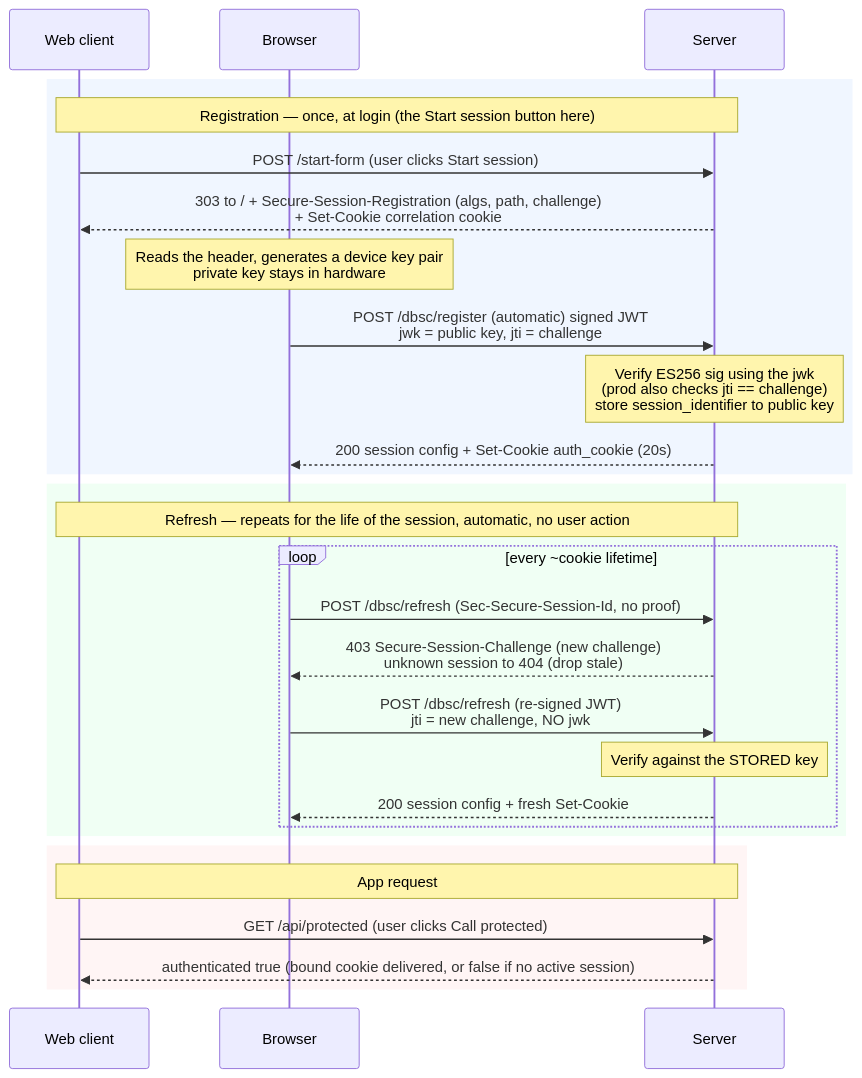
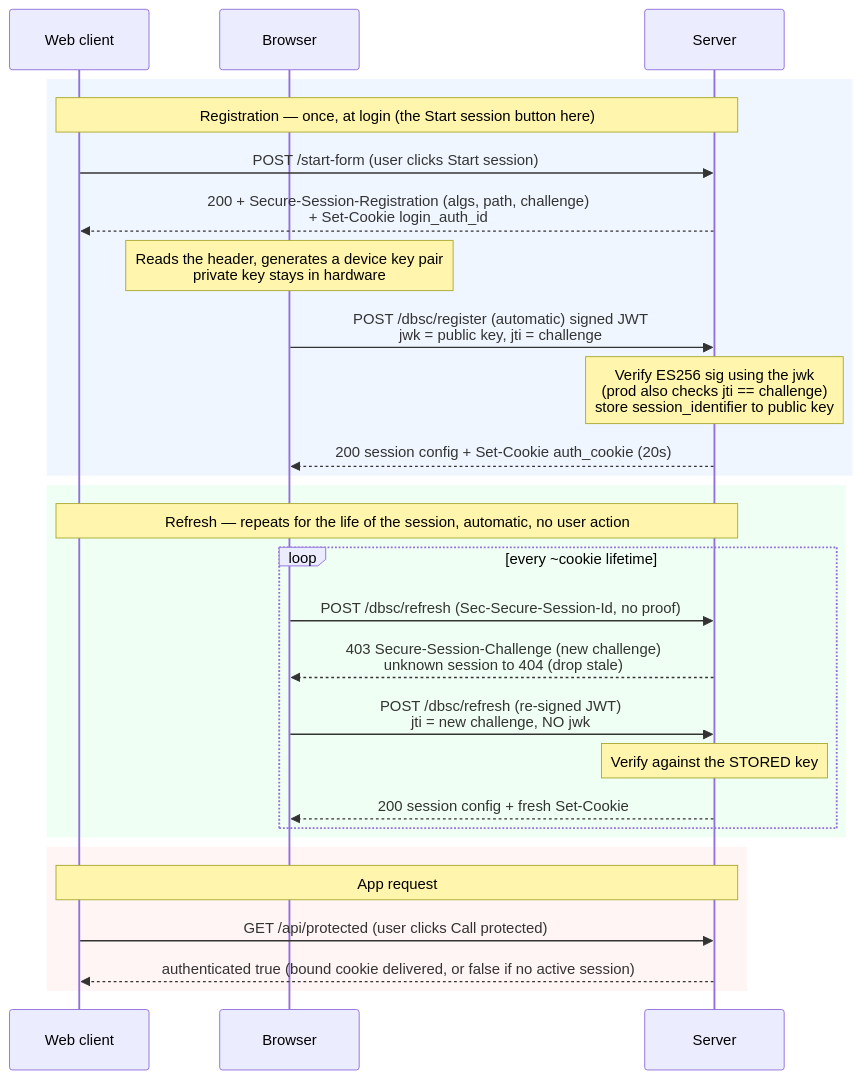
One commit to Alzayady/dbsc changed the diagram in README.md. Above: the diagram before and after it, drawn with Mermaid. The commit also changed other lines of this file and 1 other file, not shown here.

Commit message:
Flow 1 returns 200 (not 303) to match the Chrome docs + dbsc-php; start_form serves a 200 HTML page; soften §6 #6 and update §2/§3/§7/§9.1 accordingly

````diff
--- a/README.md
+++ b/README.md
@@ -69,33 +69,33 @@
 ```mermaid
 sequenceDiagram
     participant W as Web client
     participant B as Browser
     participant S as Server
 
     rect rgb(240, 246, 255)
     Note over W,S: Registration — once, at login (the Start session button here)
     W->>S: POST /start-form (user clicks Start session)
-    S-->>W: 303 to / + Secure-Session-Registration (algs, path, challenge)<br/>+ Set-Cookie correlation cookie
+    S-->>W: 200 + Secure-Session-Registration (algs, path, challenge)<br/>+ Set-Cookie login_auth_id
     Note over B: Reads the header, generates a device key pair<br/>private key stays in hardware
     B->>S: POST /dbsc/register (automatic) signed JWT<br/>jwk = public key, jti = challenge
     Note over S: Verify ES256 sig using the jwk<br/>(prod also checks jti == challenge)<br/>store session_identifier to public key
     S-->>B: 200 session config + Set-Cookie auth_cookie (20s)
     end
 
     rect rgb(240, 255, 244)
     Note over W,S: Refresh — repeats for the life of the session, automatic, no user action
     loop every ~cookie lifetime
         B->>S: POST /dbsc/refresh (Sec-Secure-Session-Id, no proof)
         S-->>B: 403 Secure-Session-Challenge (new challenge)<br/>unknown session to 404 (drop stale)
         B->>S: POST /dbsc/refresh (re-signed JWT)<br/>jti = new challenge, NO jwk
         Note over S: Verify against the STORED key
         S-->>B: 200 session config + fresh Set-Cookie
     end
     end
 
     rect rgb(255, 245, 245)
     Note over W,S: App request
     W->>S: GET /api/protected (user clicks Call protected)
     S-->>W: authenticated true  (bound cookie delivered, or false if no active session)
     end
 ```
````
